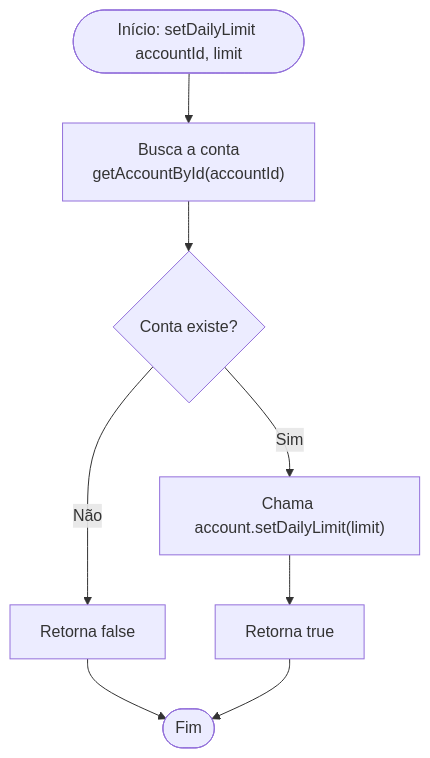
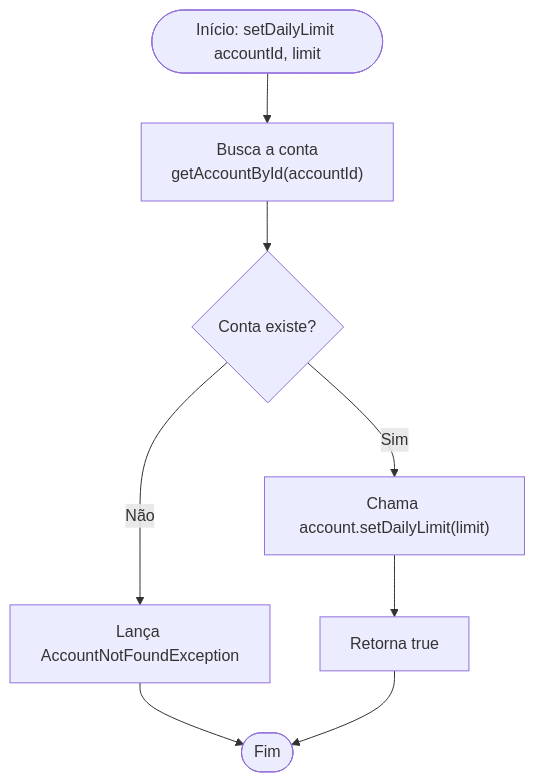
The second of 4 diagrams in doc/architecture/mermaid_level_4.md (guiassys/nubank-training), drawn with Mermaid before and after one commit. The commit also changed other lines of this file and 3 other files, not shown here.

Commit message:
fix: add exceptions in mermaid diagrans

````diff
--- a/doc/architecture/mermaid_level_4.md
+++ b/doc/architecture/mermaid_level_4.md
@@ -37,13 +37,13 @@
 ```mermaid
 flowchart TD
     Start([Início: setDailyLimit accountId, limit]) --> GetAccount["Busca a conta\ngetAccountById(accountId)"]
     
     GetAccount --> CheckAccount{Conta existe?}
-    CheckAccount -- Não --> ReturnFalse[Retorna false]
+    CheckAccount -- Não --> ThrowNotFound[Lança AccountNotFoundException]
     
     CheckAccount -- Sim --> SetLimit["Chama account.setDailyLimit(limit)"]
     SetLimit --> ReturnTrue[Retorna true]
 
-    ReturnFalse --> End([Fim])
+    ThrowNotFound --> End([Fim])
     ReturnTrue --> End
 ```
````
